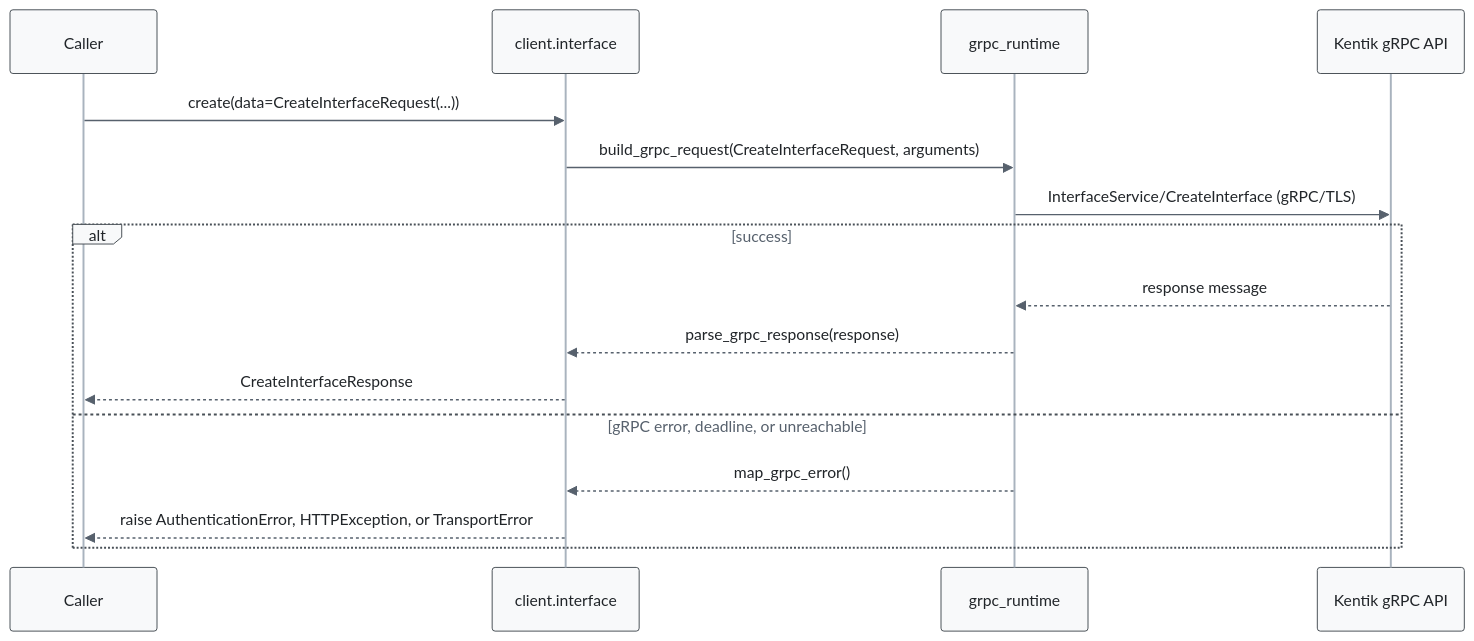
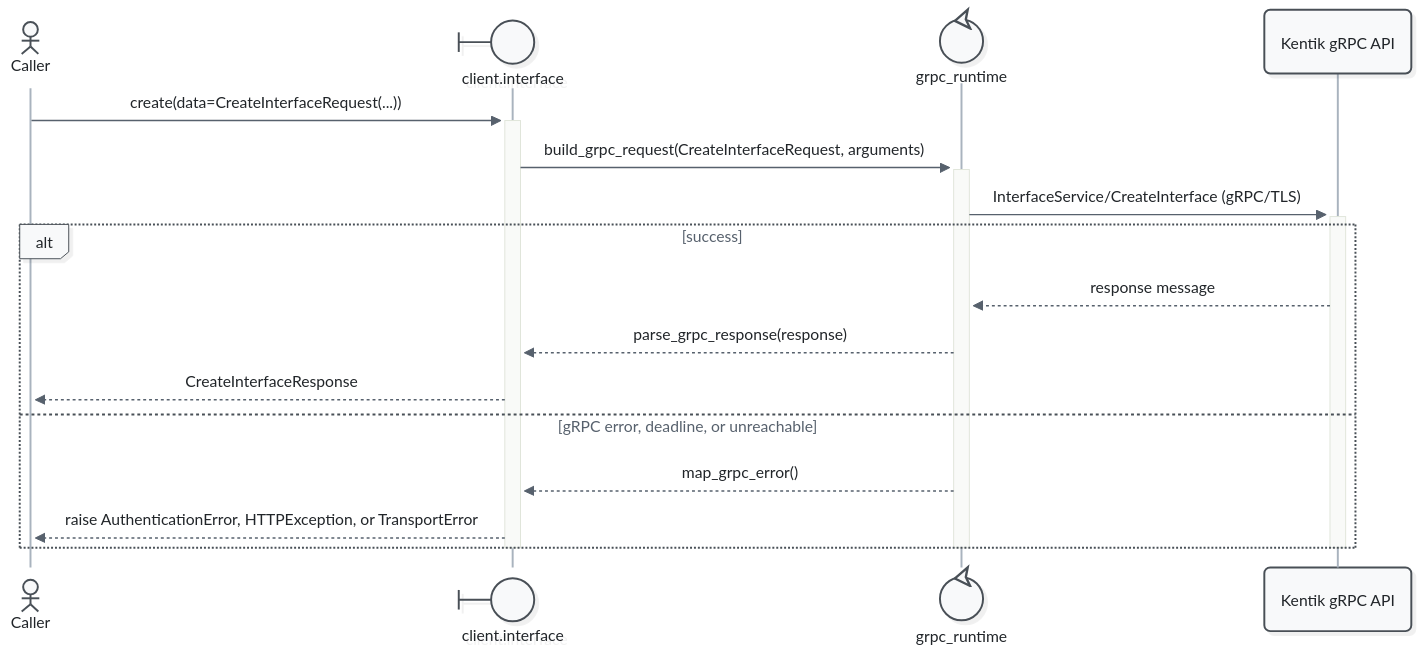
Before and after one commit to alexdearaujo/community_sdk_python: the fourth of 13 diagrams in docs/sphinx/services/interface.md, drawn with Mermaid. The commit also changed other lines of this file and 52 other files, not shown here.

First line of the commit message:
docs: Mermaid 12 sequence diagrams with participant types and path colors

````diff
--- a/docs/sphinx/services/interface.md
+++ b/docs/sphinx/services/interface.md
@@ -137,20 +144,23 @@
 ```mermaid
-%%{init: {"theme": "base", "fontFamily": "ui-monospace, SFMono-Regular, Menlo, monospace", "themeVariables": {"fontFamily": "ui-monospace, SFMono-Regular, Menlo, monospace", "primaryColor": "#f8f9fa", "primaryBorderColor": "#495057", "primaryTextColor": "#212529", "textColor": "#212529", "lineColor": "#77818c", "edgeLabelBackground": "#ffffff", "actorBkg": "#f8f9fa", "actorBorder": "#495057", "actorTextColor": "#212529", "actorLineColor": "#a9b3be", "signalColor": "#57616d", "signalTextColor": "#212529", "labelBoxBkgColor": "#f8f9fa", "labelBoxBorderColor": "#495057", "labelTextColor": "#212529", "loopTextColor": "#57616d", "noteBkgColor": "#fff9db", "noteBorderColor": "#f08c00", "noteTextColor": "#a35a00"}, "flowchart": {"curve": "step", "nodeSpacing": 30, "rankSpacing": 70, "wrappingWidth": 400}}}%%
+%%{init: {"theme": "redux", "look": "neo", "layout": "dagre", "fontFamily": "ui-monospace, SFMono-Regular, Menlo, monospace", "themeVariables": {"fontFamily": "ui-monospace, SFMono-Regular, Menlo, monospace", "primaryColor": "#f8f9fa", "primaryBorderColor": "#495057", "primaryTextColor": "#212529", "textColor": "#212529", "lineColor": "#77818c", "edgeLabelBackground": "#ffffff", "actorBkg": "#f8f9fa", "actorBorder": "#495057", "actorTextColor": "#212529", "actorLineColor": "#a9b3be", "signalColor": "#57616d", "signalTextColor": "#212529", "labelBoxBkgColor": "#f8f9fa", "labelBoxBorderColor": "#495057", "labelTextColor": "#212529", "loopTextColor": "#57616d", "noteBkgColor": "#fff9db", "noteBorderColor": "#f08c00", "noteTextColor": "#a35a00"}, "sequence": {"activationWidth": 16}, "flowchart": {"curve": "step", "nodeSpacing": 30, "rankSpacing": 70, "wrappingWidth": 400}}}%%
 sequenceDiagram
-    participant C as Caller
-    participant W as client.interface
-    participant R as grpc_runtime
+    actor C as Caller
+    participant W@{ "type": "boundary" } as client.interface
+    participant R@{ "type": "control" } as grpc_runtime
     participant API as Kentik gRPC API
 
-    C->>W: create(data=CreateInterfaceRequest(...))
-    W->>R: build_grpc_request(CreateInterfaceRequest, arguments)
-    R->>API: InterfaceService/CreateInterface (gRPC/TLS)
+    C->>+W: create(data=CreateInterfaceRequest(...))
+    W->>+R: build_grpc_request(CreateInterfaceRequest, arguments)
+    R->>+API: InterfaceService/CreateInterface (gRPC/TLS)
     alt success
         API-->>R: response message
         R-->>W: parse_grpc_response(response)
         W-->>C: CreateInterfaceResponse
     else gRPC error, deadline, or unreachable
         R-->>W: map_grpc_error()
         W-->>C: raise AuthenticationError, HTTPException, or TransportError
     end
+    deactivate API
+    deactivate R
+    deactivate W
 ```
````
